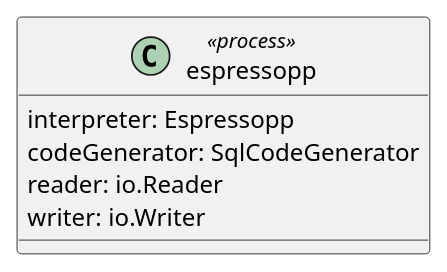
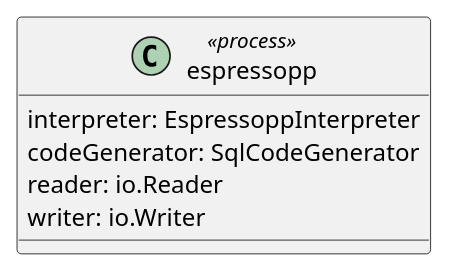
One commit to skeeterhealth/espressopp changed the fourth of 4 diagrams in docs/espressopp-sdd.adoc. Above: the diagram before and after it, drawn with PlantUML. The commit also changed other lines of this file, not shown here.

Commit message:
feat: rename Espessopp to EspressoppInterpreter

```diff
--- a/docs/espressopp-sdd.adoc
+++ b/docs/espressopp-sdd.adoc
@@ -214,9 +214,9 @@
 [plantuml, format="png", id="process-composition"]
 ----
 class espressopp <<process>> {
-  interpreter: Espressopp
+  interpreter: EspressoppInterpreter
   codeGenerator: SqlCodeGenerator
   reader: io.Reader
   writer: io.Writer
 }
 ----
```
